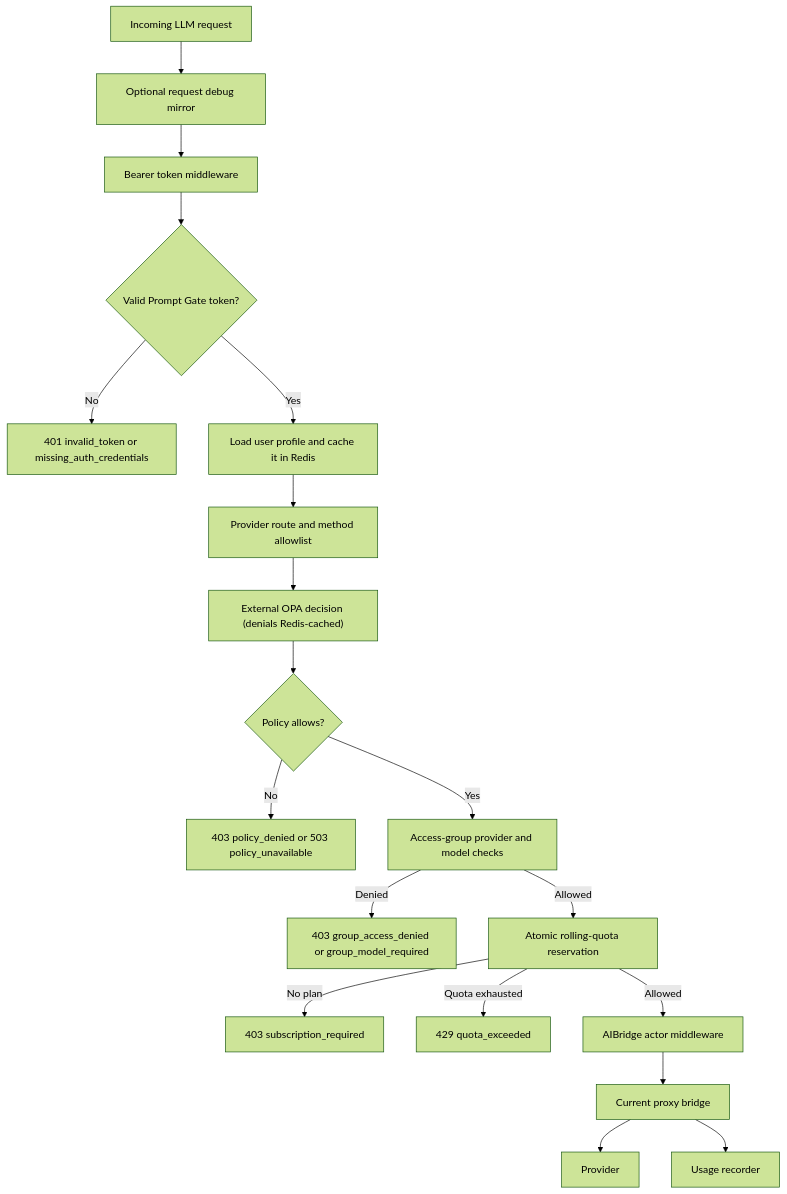
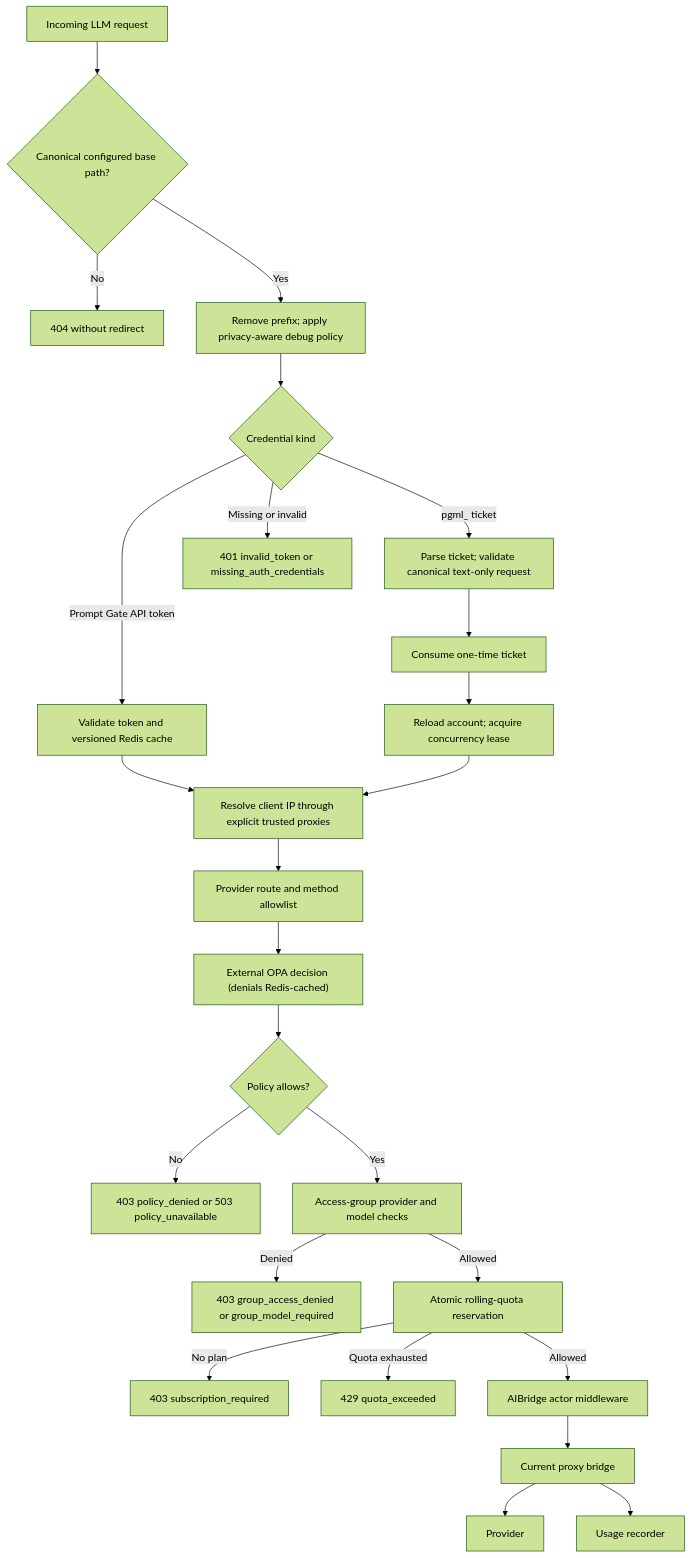
One commit to thomas-illiet/prompt-gate changed the diagram in docs/proxy.md. Above: the diagram before and after it, drawn with Mermaid (forest theme). The commit also changed other lines of this file and 22 other files, not shown here.

Commit message:
docs: refresh product screenshots and architecture

````diff
--- a/docs/proxy.md
+++ b/docs/proxy.md
@@ -18,21 +23,27 @@
 ```mermaid
 flowchart TD
-    A["Incoming LLM request"] --> Z["Optional request debug mirror"]
-    Z --> B["Bearer token middleware"]
-    B --> C{"Valid Prompt Gate token?"}
-    C -->|No| D["401 invalid_token or missing_auth_credentials"]
-    C -->|Yes| E["Load user profile and cache it in Redis"]
-    E --> E2["Provider route and method allowlist"]
+    A["Incoming LLM request"] --> P{"Canonical configured base path?"}
+    P -->|No| P2["404 without redirect"]
+    P -->|Yes| Z["Remove prefix; apply privacy-aware debug policy"]
+    Z --> B{"Credential kind"}
+    B -->|Prompt Gate API token| C["Validate token and versioned Redis cache"]
+    B -->|pgml_ ticket| ML["Parse ticket; validate canonical text-only request"]
+    B -->|Missing or invalid| D["401 invalid_token or missing_auth_credentials"]
+    ML --> MLC["Consume one-time ticket"]
+    MLC --> MLA["Reload account; acquire concurrency lease"]
+    C --> IP["Resolve client IP through explicit trusted proxies"]
+    MLA --> IP
+    IP --> E2["Provider route and method allowlist"]
     E2 --> F["External OPA decision (denials Redis-cached)"]
     F --> G{"Policy allows?"}
     G -->|No| H["403 policy_denied or 503 policy_unavailable"]
     G -->|Yes| I["Access-group provider and model checks"]
     I -->|Denied| I2["403 group_access_denied or group_model_required"]
     I -->|Allowed| J["Atomic rolling-quota reservation"]
     J -->|No plan| J2["403 subscription_required"]
     J -->|Quota exhausted| J3["429 quota_exceeded"]
     J -->|Allowed| K["AIBridge actor middleware"]
     K --> L["Current proxy bridge"]
     L --> M["Provider"]
     L --> N["Usage recorder"]
 ```
````
